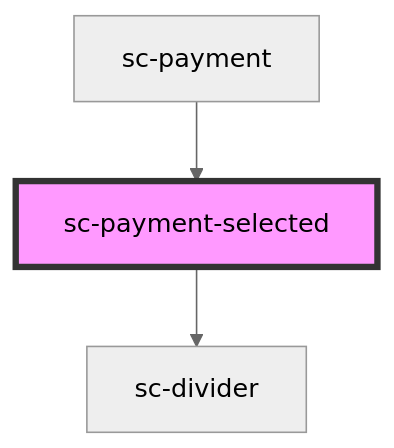
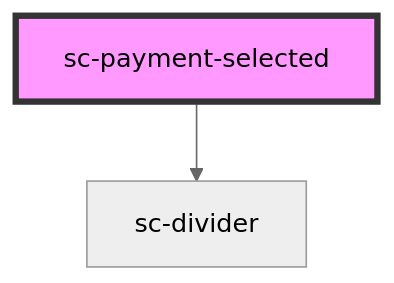
Before and after one commit to surecart/surecart-wp-plugin: the diagram in packages/components/src/components/ui/payment-selected/readme.md, drawn with Mermaid (neutral theme). The commit also changed other lines of this file and 18 other files, not shown here.

````diff
--- a/packages/components/src/components/ui/payment-selected/readme.md
+++ b/packages/components/src/components/ui/payment-selected/readme.md
@@ -34,6 +30,5 @@
 ```mermaid
 graph TD;
   sc-payment-selected --> sc-divider
-  sc-payment --> sc-payment-selected
   style sc-payment-selected fill:#f9f,stroke:#333,stroke-width:4px
 ```
````
